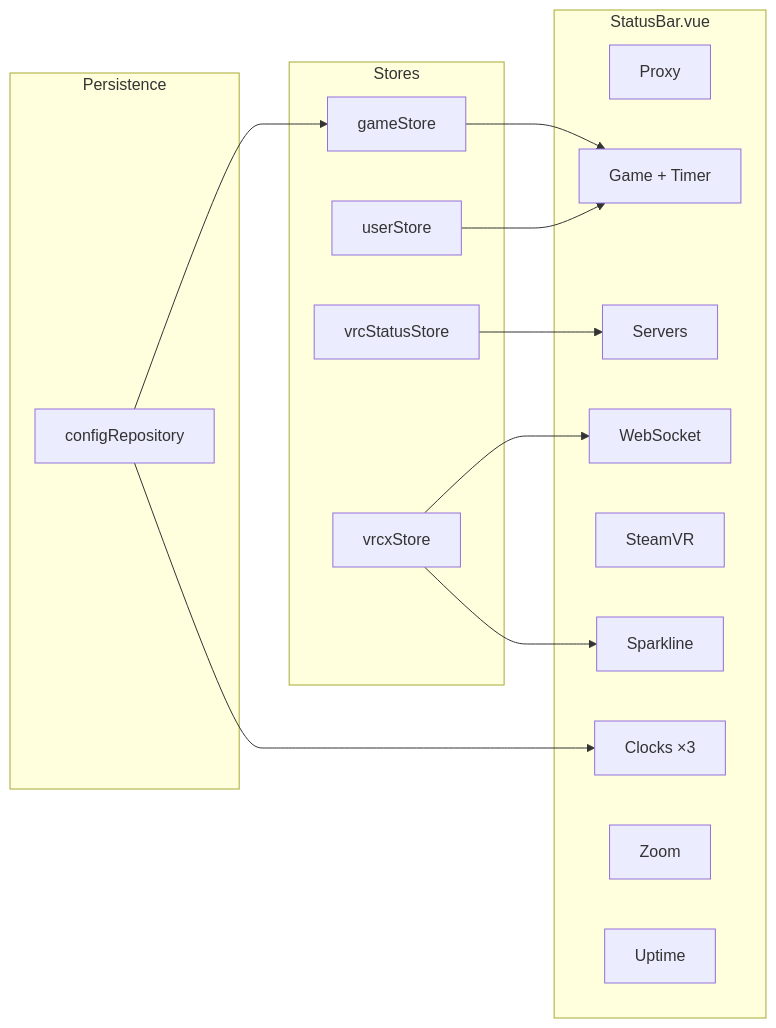
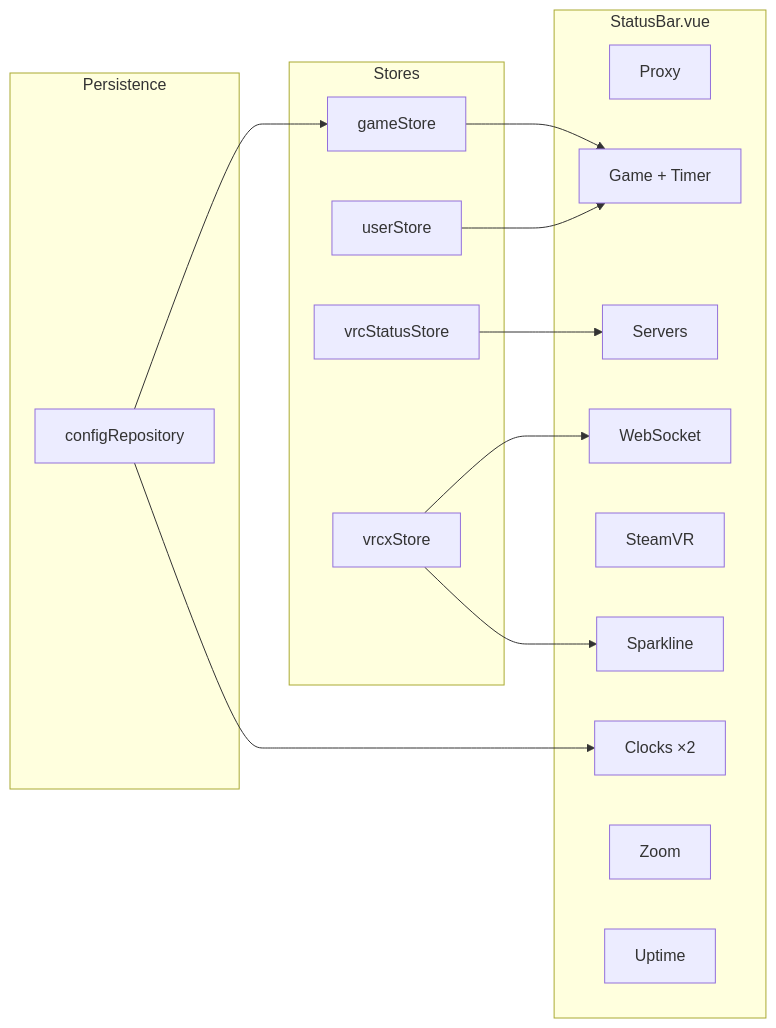
The first of 2 diagrams in en/modules/status-bar.md (Map1en/vrcx-docs), drawn with Mermaid before and after one commit. The commit also changed other lines of this file and 19 other files, not shown here.

````diff
--- a/en/modules/status-bar.md
+++ b/en/modules/status-bar.md
@@ -5,33 +5,33 @@
 ```mermaid
 graph LR
     subgraph StatusBar["StatusBar.vue"]
         Proxy["Proxy"]
         Game["Game + Timer"]
         Servers["Servers"]
         WS["WebSocket"]
         Steam["SteamVR"]
         Spark["Sparkline"]
-        Clocks["Clocks ×3"]
+        Clocks["Clocks ×2"]
         Zoom["Zoom"]
         Uptime["Uptime"]
     end
 
     subgraph Stores
         gameStore["gameStore"]
         userStore["userStore"]
         vrcStatusStore["vrcStatusStore"]
         vrcxStore["vrcxStore"]
     end
 
     subgraph Persistence
         config["configRepository"]
     end
 
     gameStore --> Game
     userStore --> Game
     vrcStatusStore --> Servers
     vrcxStore --> WS
     vrcxStore --> Spark
     config --> Clocks
     config --> gameStore
 ```
````
